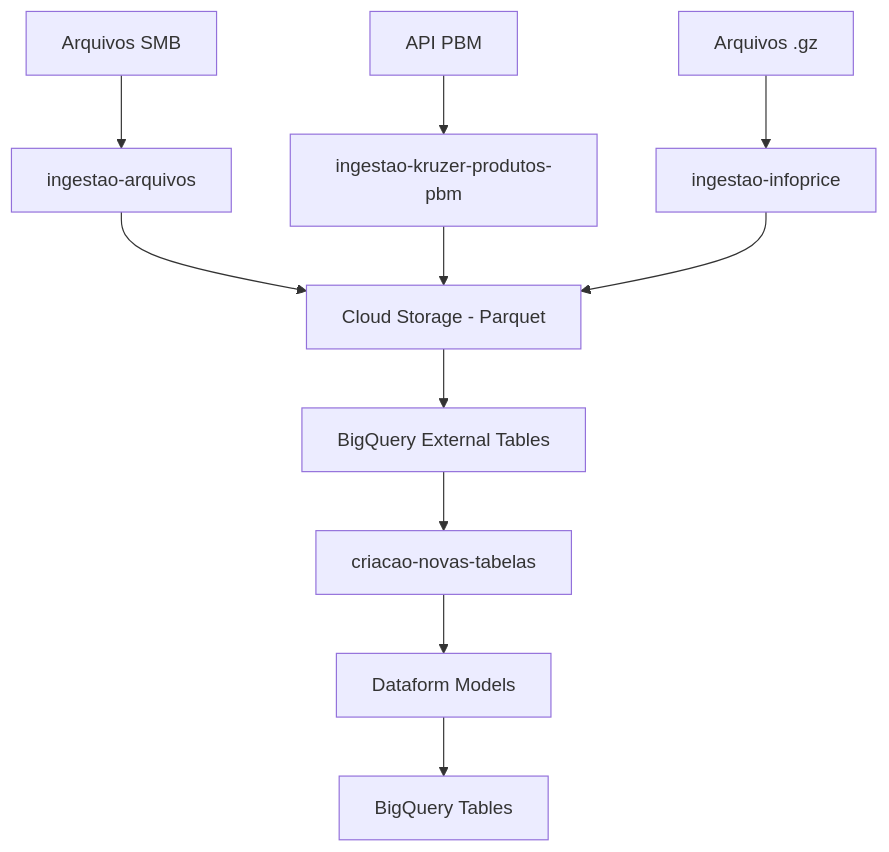
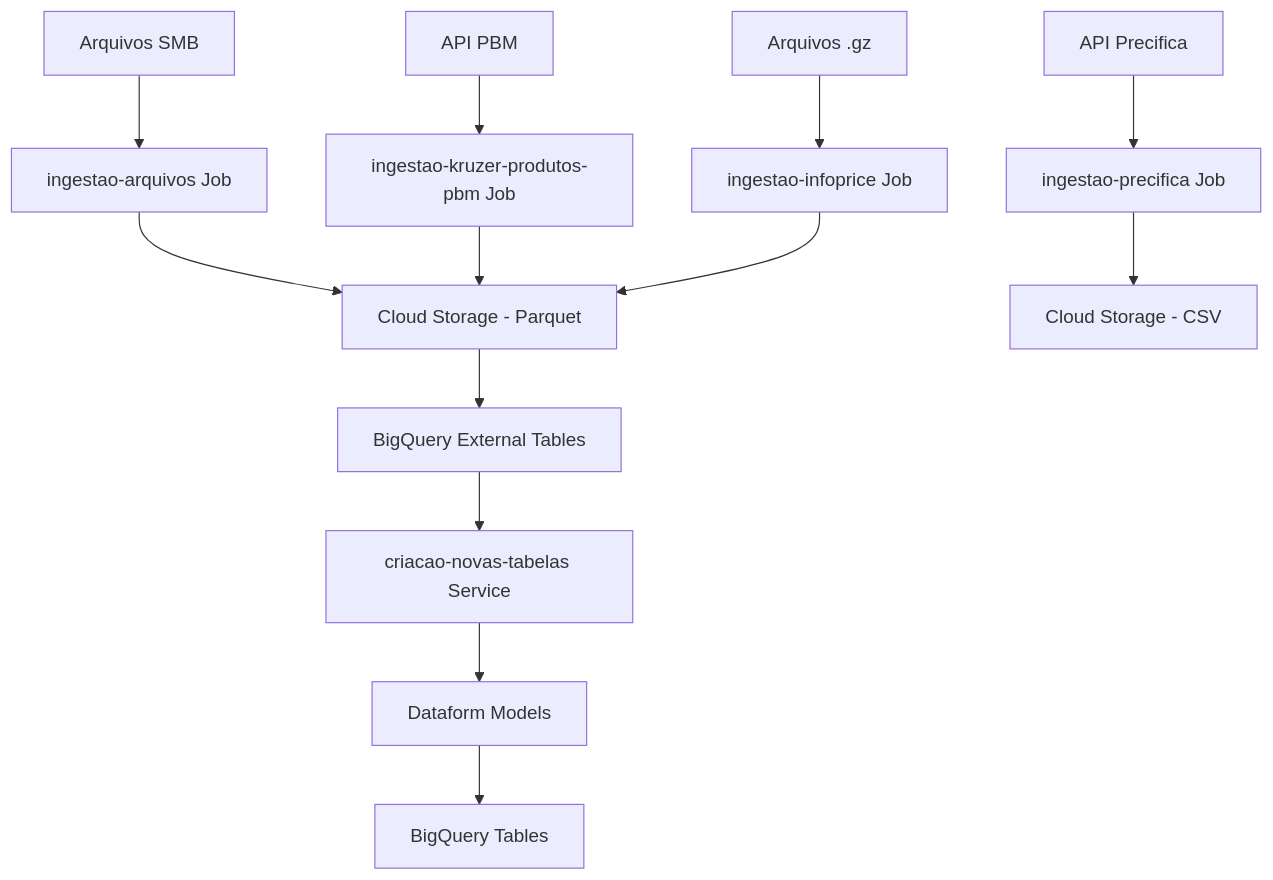
Before and after one commit to victormoraes-v/cloud-run: the diagram in README.md, drawn with Mermaid. The commit also changed other lines of this file, not shown here.

````diff
--- a/README.md
+++ b/README.md
@@ -218,16 +402,19 @@
 ```mermaid
 graph TD
-    A[Arquivos SMB] --> B[ingestao-arquivos]
+    A[Arquivos SMB] --> B[ingestao-arquivos Job]
     B --> C[Cloud Storage - Parquet]
     
-    D[API PBM] --> E[ingestao-kruzer-produtos-pbm]
+    D[API PBM] --> E[ingestao-kruzer-produtos-pbm Job]
     E --> C
     
-    F[Arquivos .gz] --> G[ingestao-infoprice]
+    F[Arquivos .gz] --> G[ingestao-infoprice Job]
     G --> C
     
-    C --> H[BigQuery External Tables]
-    H --> I[criacao-novas-tabelas]
-    I --> J[Dataform Models]
-    J --> K[BigQuery Tables]
+    H[API Precifica] --> I[ingestao-precifica Job]
+    I --> J[Cloud Storage - CSV]
+    
+    C --> K[BigQuery External Tables]
+    K --> L[criacao-novas-tabelas Service]
+    L --> M[Dataform Models]
+    M --> N[BigQuery Tables]
 ```
````
